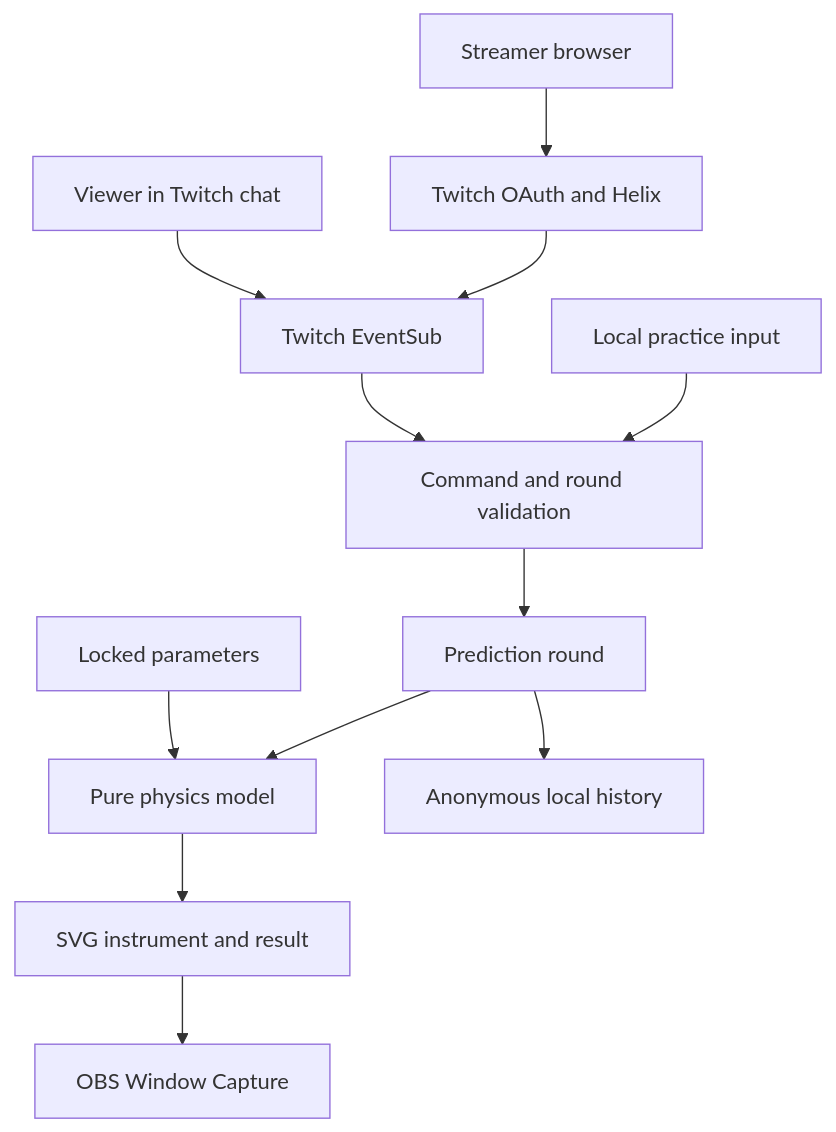
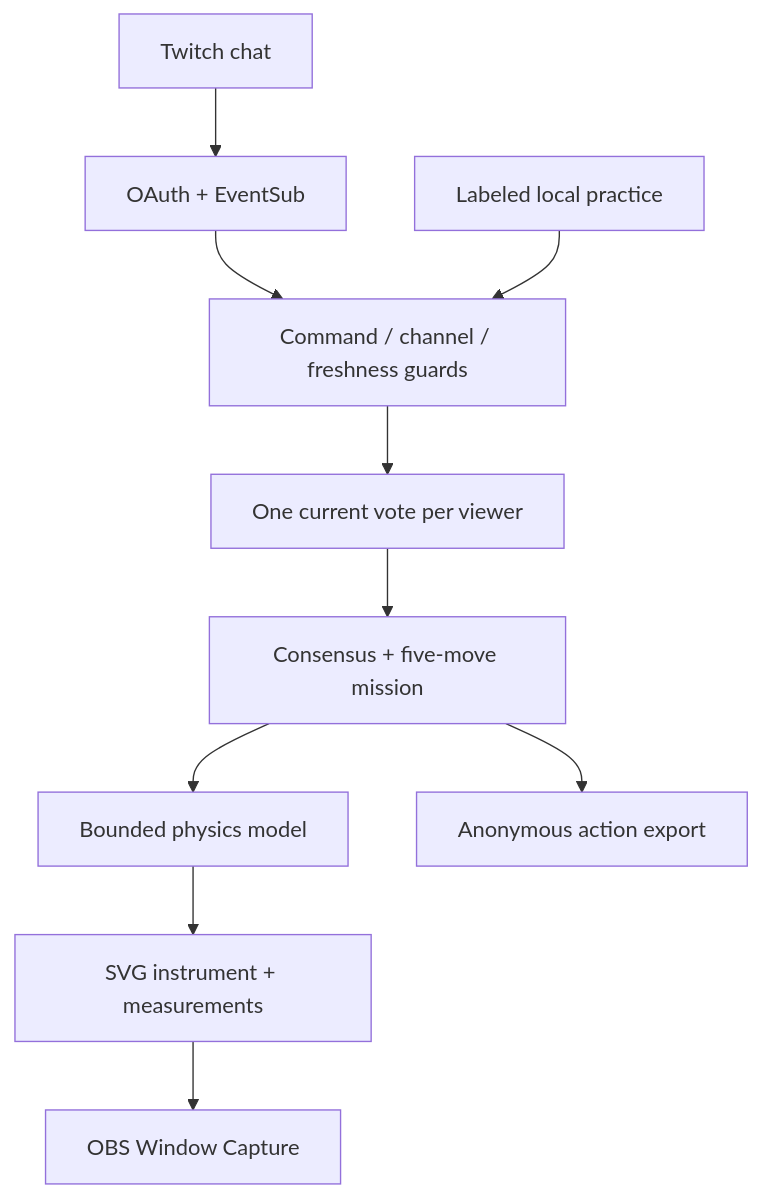
One commit to adeelfalaksher/nudgelo changed the diagram in README.md. Above: the diagram before and after it, drawn with Mermaid. The commit also changed other lines of this file and 19 other files, not shown here.

First line of the commit message:
Give chat control of cooperative physics missions

````diff
--- a/README.md
+++ b/README.md
@@ -84,14 +81,12 @@
 ```mermaid
 flowchart TD
-  Viewer[Viewer in Twitch chat] --> Twitch[Twitch EventSub]
-  Host[Streamer browser] --> Auth[Twitch OAuth and Helix]
-  Auth --> Twitch
-  Twitch --> Guard[Command and round validation]
-  Practice[Local practice input] --> Guard
-  Guard --> Round[Prediction round]
-  Params[Locked parameters] --> Model[Pure physics model]
-  Round --> Model
-  Model --> Scene[SVG instrument and result]
-  Scene --> Capture[OBS Window Capture]
-  Round --> History[Anonymous local history]
+  Chat["Twitch chat"] --> Events["OAuth + EventSub"]
+  Events --> Guard["Command / channel / freshness guards"]
+  Practice["Labeled local practice"] --> Guard
+  Guard --> Ballot["One current vote per viewer"]
+  Ballot --> Game["Consensus + five-move mission"]
+  Game --> Model["Bounded physics model"]
+  Model --> Scene["SVG instrument + measurements"]
+  Scene --> Stage["OBS Window Capture"]
+  Game --> Log["Anonymous action export"]
 ```
````
